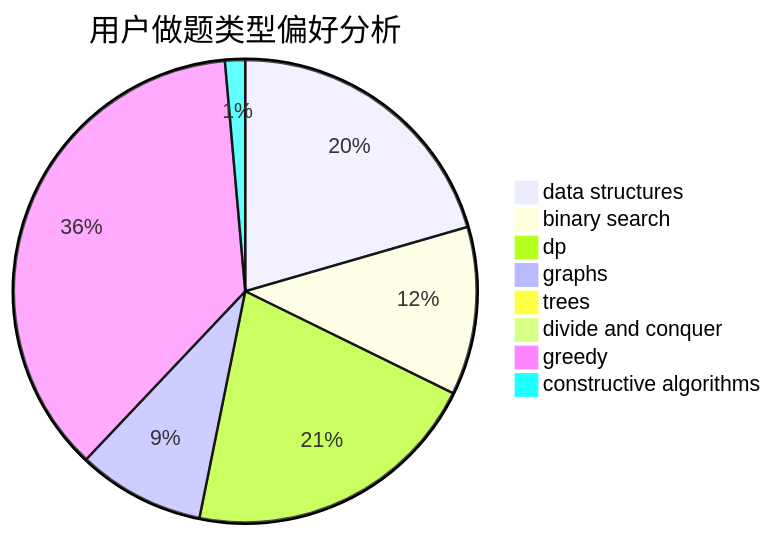
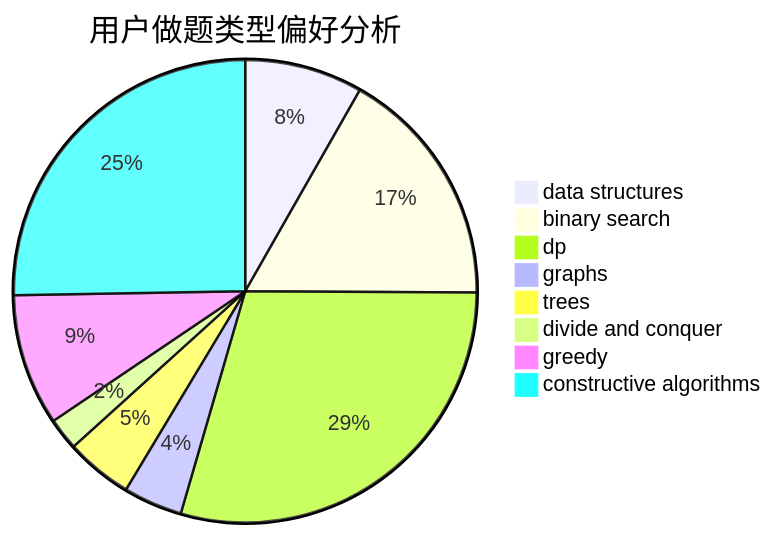
One commit to sherpahu/cfrs.github.io changed the second of 3 diagrams in docs/user/u2623.md. Above: the diagram before and after it, drawn with Mermaid. The commit also changed other lines of this file and 2770 other files, not shown here.

````diff
--- a/docs/user/u2623.md
+++ b/docs/user/u2623.md
@@ -23,11 +23,11 @@
 ```mermaid
 pie title 用户做题类型偏好分析
-    "data structures" :  365
-    "binary search" :  209
-    "dp" :  372
-    "graphs" :  158
-    "trees" :  6
-    "divide and conquer" :  0
-    "greedy" :  650
-    "constructive algorithms" :  25
+    "data structures" :  44
+    "binary search" :  90
+    "dp" :  157
+    "graphs" :  22
+    "trees" :  25
+    "divide and conquer" :  12
+    "greedy" :  49
+    "constructive algorithms" :  135
 ```
````
